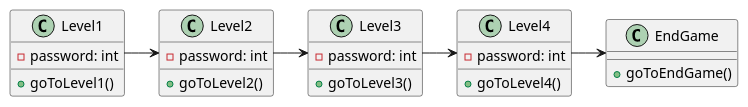
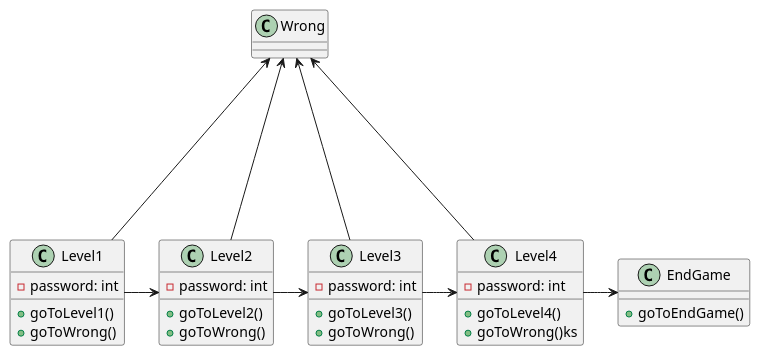
The diagram in MANUAL.md (mpekim/Game_Dev_Club_Fall2016), drawn with PlantUML before and after one commit.

Commit message:
Updating the .md file. Connecting all pages to the Wrong page for incorrect answers.

````diff
--- a/MANUAL.md
+++ b/MANUAL.md
@@ -23,35 +23,43 @@
 ```plantuml
 
 class Level1{
     +goToLevel1()
+    +goToWrong()
     
     -password: int
 }
 
 class Level2{
     +goToLevel2()
+    +goToWrong()
 
     -password: int
 }
 
 class Level3{
     +goToLevel3()
+    +goToWrong()
 
     -password: int
 }
 
 class Level4{
     +goToLevel4()
+    +goToWrong()ks
 
     -password: int
 }
 
 class EndGame{
     +goToEndGame()
 }
 
 Level1 --right--> Level2
+Level1 --up--> Wrong
 Level2 --right--> Level3
+Level2 --up--> Wrong
 Level3 --right--> Level4
+Level3 --up--> Wrong
 Level4 --right--> EndGame
+Level4 --up--> Wrong
 ```
````
